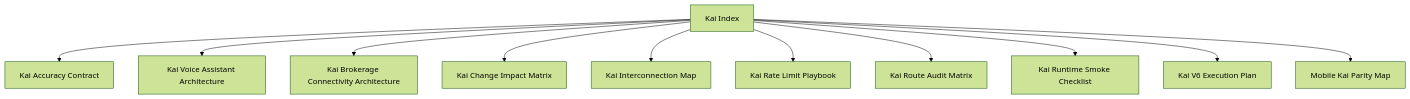
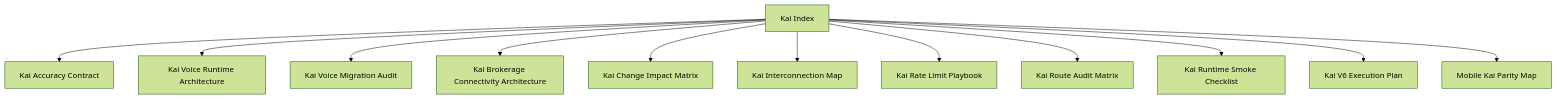
Before and after one commit to hushh-labs/hushh-research: the diagram in docs/reference/kai/README.md, drawn with Mermaid (forest theme). The commit also changed other lines of this file and 10 other files, not shown here.

Commit message:
docs(kai): refresh voice runtime architecture references

````diff
--- a/docs/reference/kai/README.md
+++ b/docs/reference/kai/README.md
@@ -6,24 +6,26 @@
 ```mermaid
 flowchart TD
   root["Kai Index"]
   n1["Kai Accuracy Contract"]
   root --> n1
-  n10["Kai Voice Assistant Architecture"]
+  n10["Kai Voice Runtime Architecture"]
   root --> n10
+  n11["Kai Voice Migration Audit"]
+  root --> n11
   n2["Kai Brokerage Connectivity Architecture"]
   root --> n2
   n3["Kai Change Impact Matrix"]
   root --> n3
   n4["Kai Interconnection Map"]
   root --> n4
   n5["Kai Rate Limit Playbook"]
   root --> n5
   n6["Kai Route Audit Matrix"]
   root --> n6
   n7["Kai Runtime Smoke Checklist"]
   root --> n7
   n8["Kai V6 Execution Plan"]
   root --> n8
   n9["Mobile Kai Parity Map"]
   root --> n9
 ```
````
